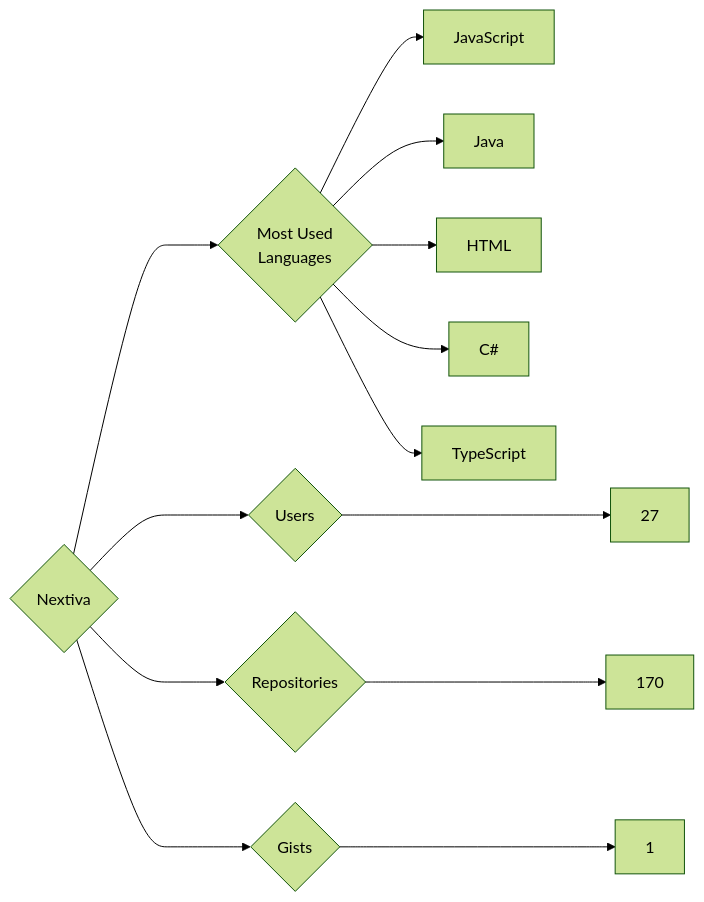
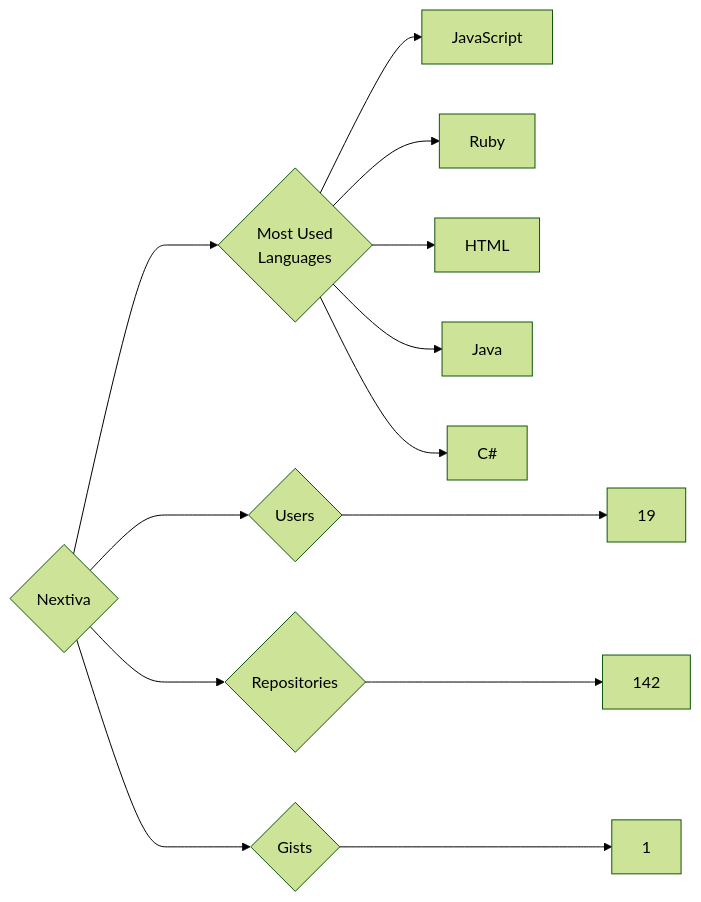
Before and after one commit to trickest/insiders: the diagram in targets/Nextiva/README.md, drawn with Mermaid (forest theme). The commit also changed 682 other files, not shown here.

````diff
--- a/targets/Nextiva/README.md
+++ b/targets/Nextiva/README.md
@@ -3,13 +3,13 @@
 ```mermaid
 graph LR
 COMPANY_NAME{Nextiva}
-COMPANY_NAME ---> U{Users} ---> UN[27]
-COMPANY_NAME ---> R{Repositories} ---> RN[170]
+COMPANY_NAME ---> U{Users} ---> UN[19]
+COMPANY_NAME ---> R{Repositories} ---> RN[142]
 COMPANY_NAME ---> G{Gists} ---> GN[1]
 COMPANY_NAME ---> ML{Most Used<br>Languages}
 ML --> JavaScript[JavaScript]
+ML --> Ruby[Ruby]
+ML --> HTML[HTML]
 ML --> Java[Java]
-ML --> HTML[HTML]
 ML --> C#[C#]
-ML --> TypeScript[TypeScript]
 ```
````
